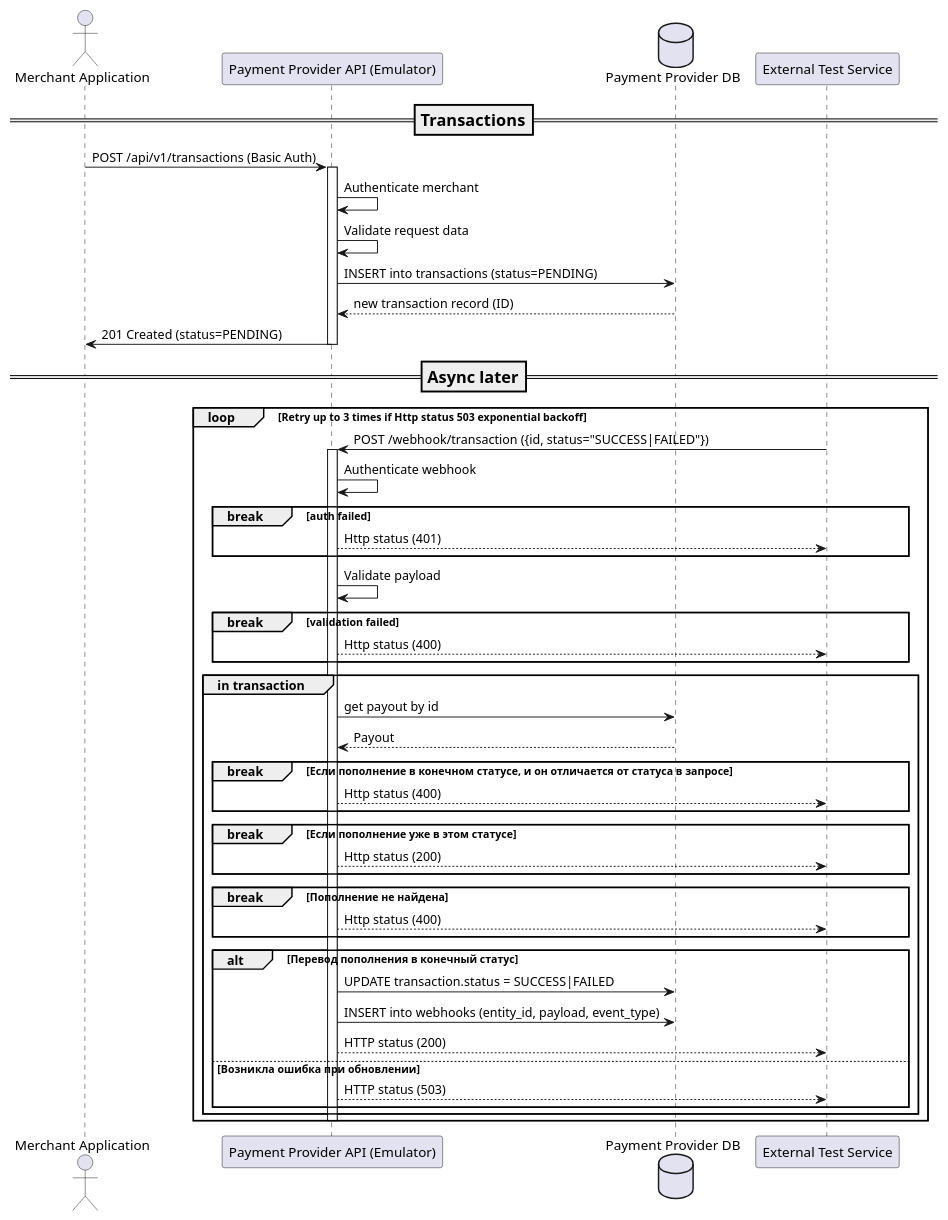
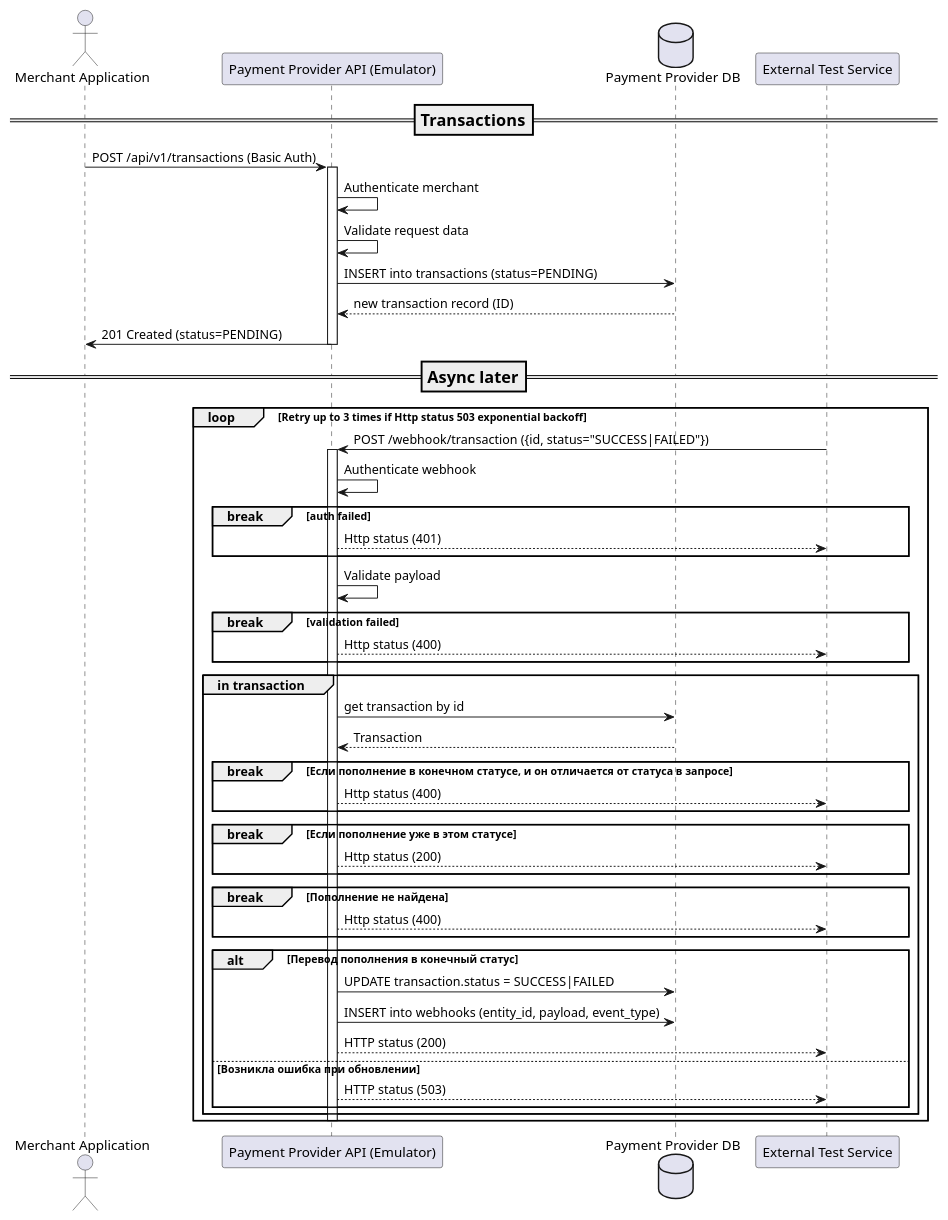
Before and after one commit to diamam90/payment-system: the diagram in diagram/emulator-transactions.puml, drawn with PlantUML. The commit also changed 1 other file, not shown here.

Commit message:
Исправление диаграмм

```diff
--- a/diagram/emulator-transactions.puml
+++ b/diagram/emulator-transactions.puml
@@ -1,56 +1,56 @@
 @startuml
 actor MerchantApp as "Merchant Application"
 participant API as "Payment Provider API (Emulator)"
 database DB as "Payment Provider DB"
 participant ExtNet as "External Test Service"
 === Transactions ==
 MerchantApp -> API: POST /api/v1/transactions (Basic Auth)
 activate API
   API -> API: Authenticate merchant
   API -> API: Validate request data
   API -> DB: INSERT into transactions (status=PENDING)
   API <-- DB: new transaction record (ID)
   API -> MerchantApp: 201 Created (status=PENDING)
 deactivate API
 
 === Async later ==
 
 loop Retry up to 3 times if Http status 503 exponential backoff
 ExtNet -> API: POST /webhook/transaction ({id, status="SUCCESS|FAILED"})
 
 activate API
 
 API -> API: Authenticate webhook
 break auth failed
     API --> ExtNet: Http status (401)
 end
     API -> API: Validate payload
 break validation failed
     API --> ExtNet: Http status (400)
 end
 group in transaction
-    API -> DB: get payout by id
-    DB --> API: Payout
+    API -> DB: get transaction by id
+    DB --> API: Transaction
 
     break Если пополнение в конечном статусе, и он отличается от статуса в запросе
         API --> ExtNet: Http status (400)
     end
     break Если пополнение уже в этом статусе
         API --> ExtNet: Http status (200)
     end
     break Пополнение не найдена
         API --> ExtNet: Http status (400)
     end
 
     alt Перевод пополнения в конечный статус
         API -> DB: UPDATE transaction.status = SUCCESS|FAILED
         API -> DB: INSERT into webhooks (entity_id, payload, event_type)
         API --> ExtNet: HTTP status (200)
     else Возникла ошибка при обновлении
           API --> ExtNet: HTTP status (503)
     end
 end
 
 deactivate API
 end
 @enduml
```
